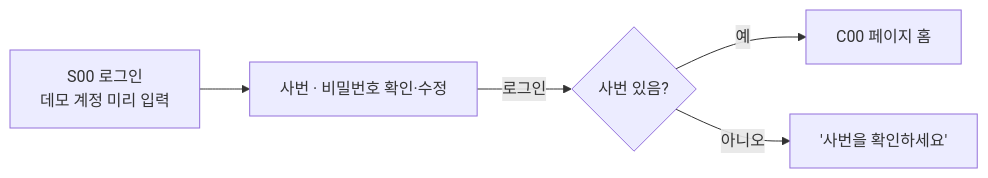
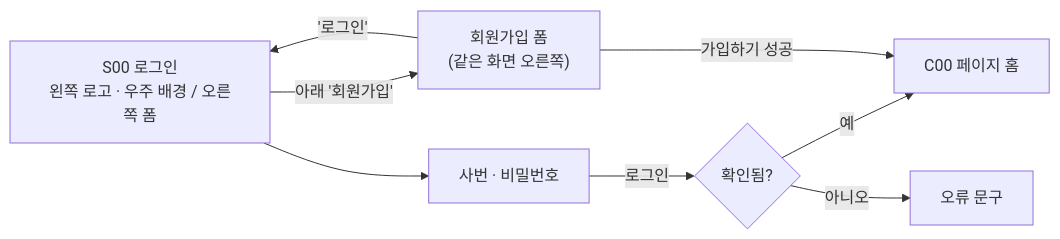
The second of 7 diagrams in docs/frontend/ia.md (vamos-team/telescope), drawn with Mermaid before and after one commit. The commit also changed other lines of this file and 3 other files, not shown here.

Commit message:
docs: frontend 문서에 로그인·회원가입 화면과 인증 API 연동 반영 #143

````diff
--- a/docs/frontend/ia.md
+++ b/docs/frontend/ia.md
@@ -143,7 +144,10 @@
 ```mermaid
 flowchart LR
-  S00["S00 로그인<br/>데모 계정 미리 입력"] --> A["사번 · 비밀번호 확인·수정"]
-  A -->|로그인| OK{"사번 있음?"}
+  S00["S00 로그인<br/>왼쪽 로고 · 우주 배경 / 오른쪽 폼"] --> A["사번 · 비밀번호"]
+  A -->|로그인| OK{"확인됨?"}
   OK -->|예| R1["C00 페이지 홈"]
-  OK -->|아니오| R2["'사번을 확인하세요'"]
+  OK -->|아니오| R2["오류 문구"]
+  S00 -->|아래 '회원가입'| SU["회원가입 폼<br/>(같은 화면 오른쪽)"]
+  SU -->|가입하기 성공| R1
+  SU -->|'로그인'| S00
 ```
````
